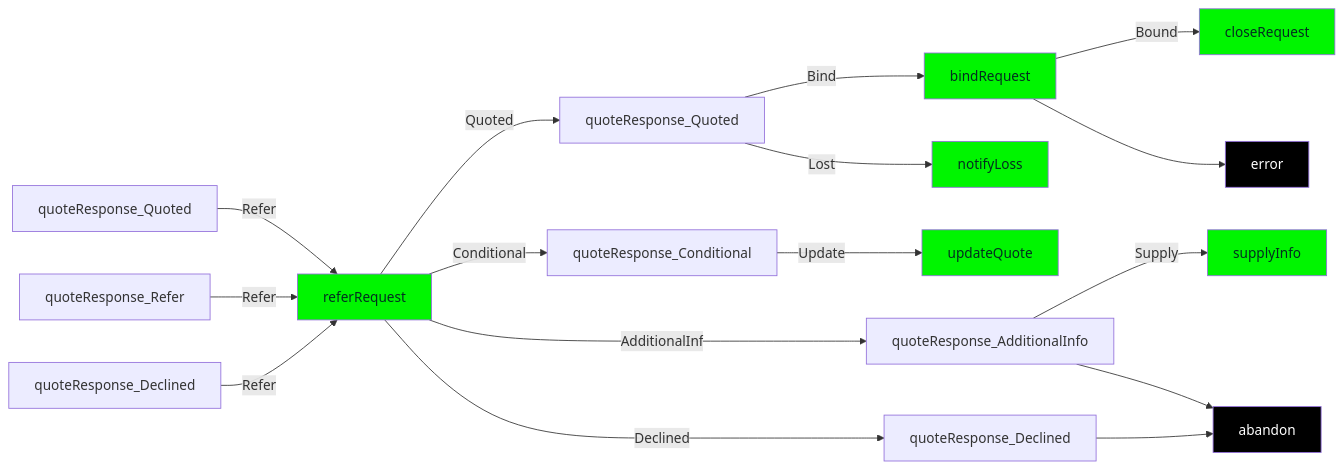
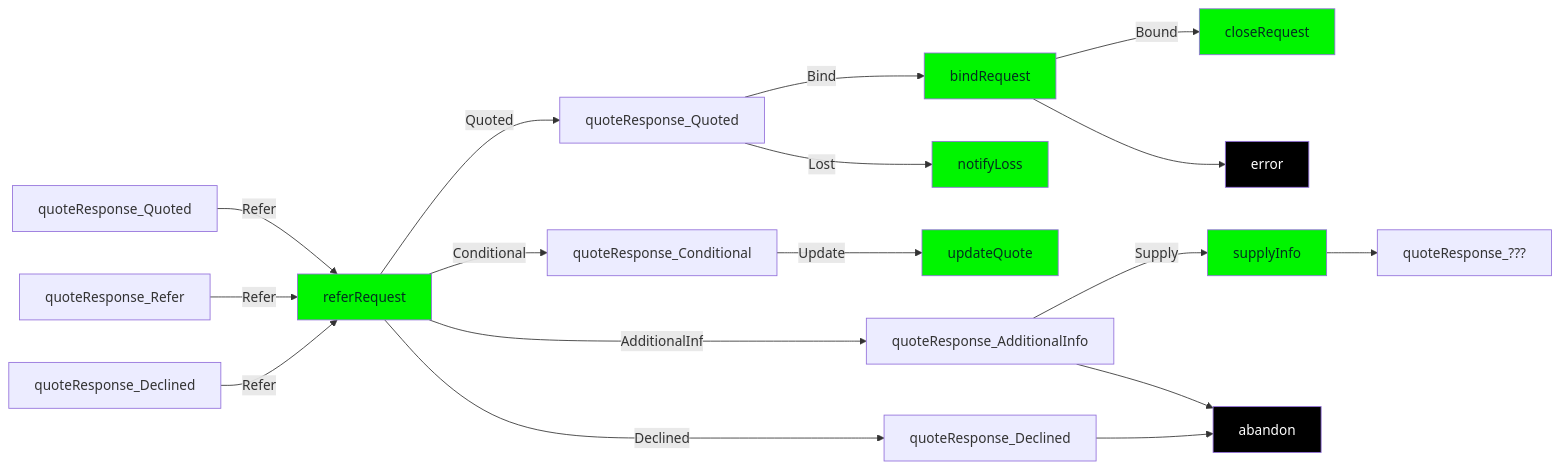
The second of 3 diagrams in bapi_model.md (mattlightbourn1/mattlightbourn1), drawn with Mermaid before and after one commit. The commit also changed other lines of this file, not shown here.

````diff
--- a/bapi_model.md
+++ b/bapi_model.md
@@ -49,20 +49,21 @@
 ```mermaid
   flowchart LR;
       classDef black color:#fff,fill:#000;
       classDef green color:#022e1f,fill:#00f500;
       B[quoteResponse_Quoted]--Refer-->D[referRequest]:::green;
       E[quoteResponse_Refer]--Refer-->D;
       F[quoteResponse_Declined]--Refer-->D;
       D--Quoted-->W[quoteResponse_Quoted];
       D--Conditional-->X[quoteResponse_Conditional];
       D--AdditionalInfo-->Y[quoteResponse_AdditionalInfo];
       D--Declined-->Z[quoteResponse_Declined];
       W--Bind-->C[bindRequest]:::green;
       C--Bound-->G[closeRequest]:::green;
       C-->I[error]:::black;
       W--Lost-->L[notifyLoss]:::green;
       X--Update-->H[updateQuote]:::green;
       Y--Supply-->A[supplyInfo]:::green;
+      A-->K[quoteResponse_???];
       Z-->J[abandon]:::black;
       Y-->J[abandon]:::black;
 ```
````
